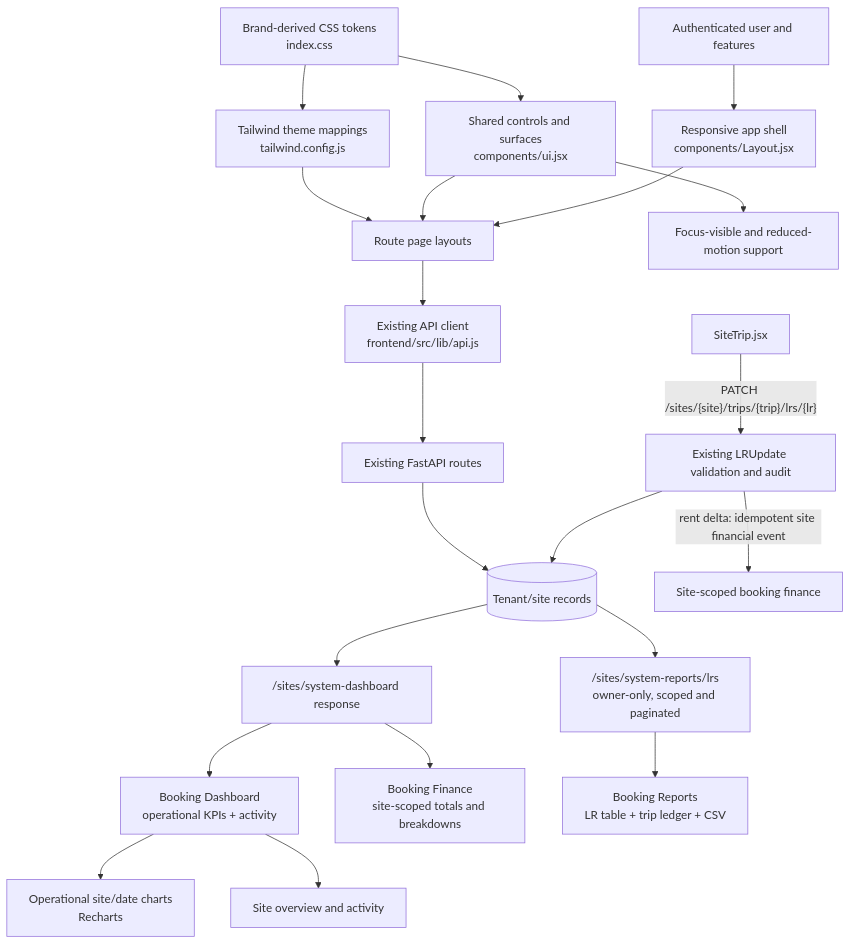
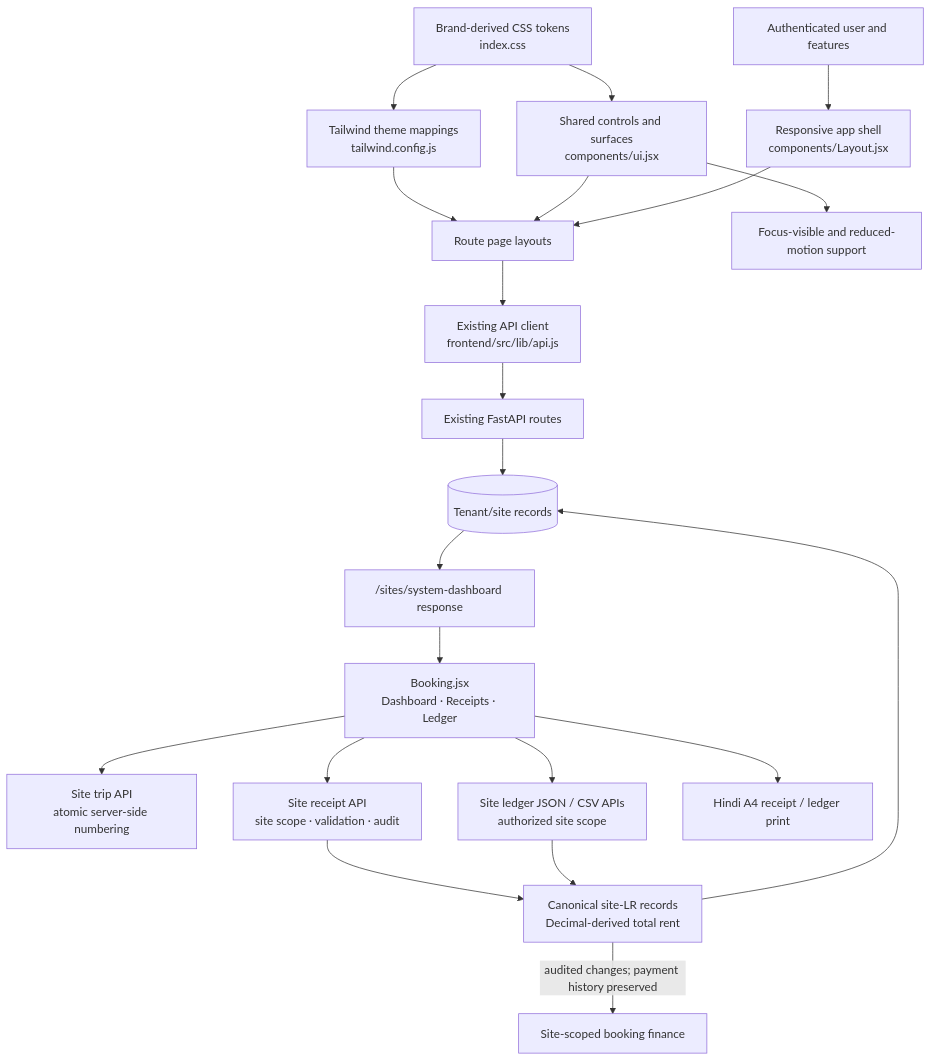
One commit to adeotale27/FleetManagementSystem changed the third of 9 diagrams in ARCHITECTURE.md. Above: the diagram before and after it, drawn with Mermaid. The commit also changed other lines of this file and 29 other files, not shown here.

````diff
--- a/ARCHITECTURE.md
+++ b/ARCHITECTURE.md
@@ -122,23 +127,23 @@
 ```mermaid
 flowchart TD
     Tokens["Brand-derived CSS tokens<br/>index.css"] --> TW["Tailwind theme mappings<br/>tailwind.config.js"]
     Tokens --> Shared["Shared controls and surfaces<br/>components/ui.jsx"]
     TW --> Pages["Route page layouts"]
     Shared --> Pages
     Auth["Authenticated user and features"] --> Shell["Responsive app shell<br/>components/Layout.jsx"]
     Shell --> Pages
     Pages --> API["Existing API client<br/>frontend/src/lib/api.js"]
     API --> Backend["Existing FastAPI routes"]
     Backend --> TenantData[("Tenant/site records")]
     TenantData --> DashboardAPI["/sites/system-dashboard response"]
-    DashboardAPI --> SiteConsole["Booking Dashboard<br/>operational KPIs + activity"]
-    DashboardAPI --> BookingFinance["Booking Finance<br/>site-scoped totals and breakdowns"]
-    TenantData --> BookingReportAPI["/sites/system-reports/lrs<br/>owner-only, scoped and paginated"]
-    BookingReportAPI --> BookingReports["Booking Reports<br/>LR table + trip ledger + CSV"]
-    SiteConsole --> Charts["Operational site/date charts<br/>Recharts"]
-    SiteConsole --> SiteCards["Site overview and activity"]
-    SiteTrip["SiteTrip.jsx"] -->|"PATCH /sites/{site}/trips/{trip}/lrs/{lr}"| CanonicalLRUpdate["Existing LRUpdate validation and audit"]
+    DashboardAPI --> Booking["Booking.jsx<br/>Dashboard · Receipts · Ledger"]
+    Booking --> TripAPI["Site trip API<br/>atomic server-side numbering"]
+    Booking --> ReceiptAPI["Site receipt API<br/>site scope · validation · audit"]
+    ReceiptAPI --> CanonicalLRUpdate["Canonical site-LR records<br/>Decimal-derived total rent"]
+    Booking --> LedgerAPI["Site ledger JSON / CSV APIs<br/>authorized site scope"]
+    LedgerAPI --> CanonicalLRUpdate
+    Booking --> Print["Hindi A4 receipt / ledger print"]
     CanonicalLRUpdate --> TenantData
-    CanonicalLRUpdate -->|"rent delta: idempotent site financial event"| SiteMoney["Site-scoped booking finance"]
+    CanonicalLRUpdate -->|"audited changes; payment history preserved"| SiteMoney["Site-scoped booking finance"]
     Shared --> Accessibility["Focus-visible and reduced-motion support"]
 ```
````
